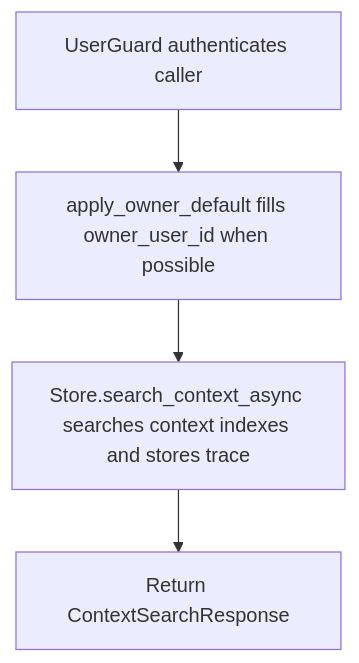
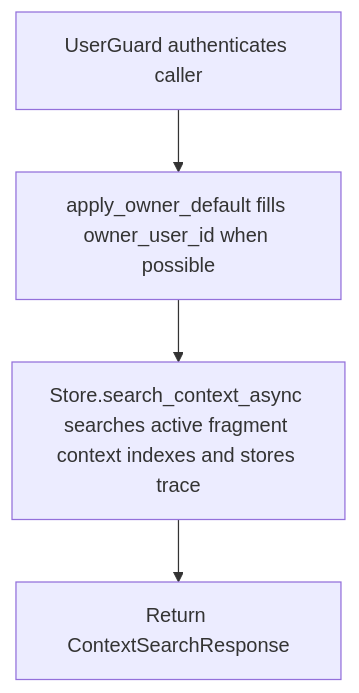
One commit to dickwu/nowledge changed the diagram in doc/api/post_v1_context_search.md. Above: the diagram before and after it, drawn with Mermaid. The commit also changed other lines of this file and 31 other files, not shown here.

````diff
--- a/doc/api/post_v1_context_search.md
+++ b/doc/api/post_v1_context_search.md
@@ -45,10 +63,10 @@
 ```mermaid
 flowchart TD
   n0["UserGuard authenticates caller"]
   n1["apply_owner_default fills owner_user_id when possible"]
-  n2["Store.search_context_async searches context indexes and stores trace"]
+  n2["Store.search_context_async searches active fragment context indexes and stores trace"]
   n3["Return ContextSearchResponse"]
   n0 --> n1
   n1 --> n2
   n2 --> n3
 ```
````
